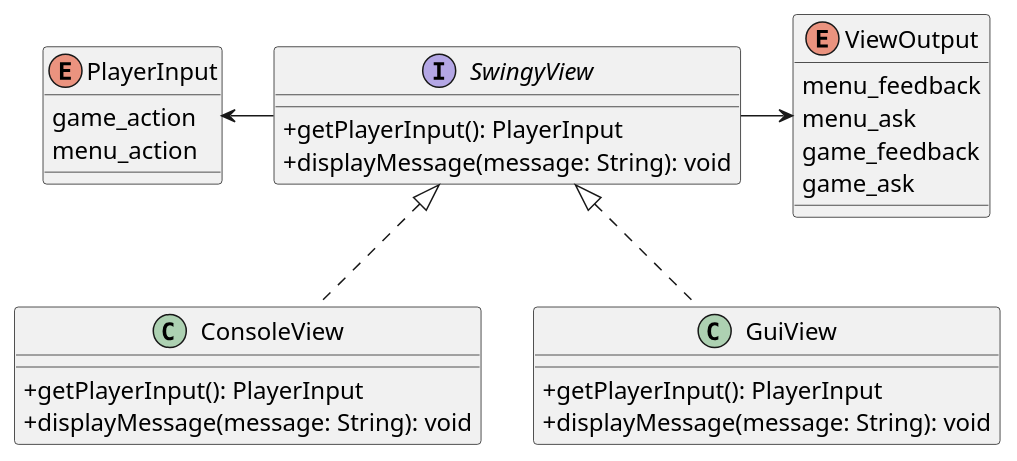
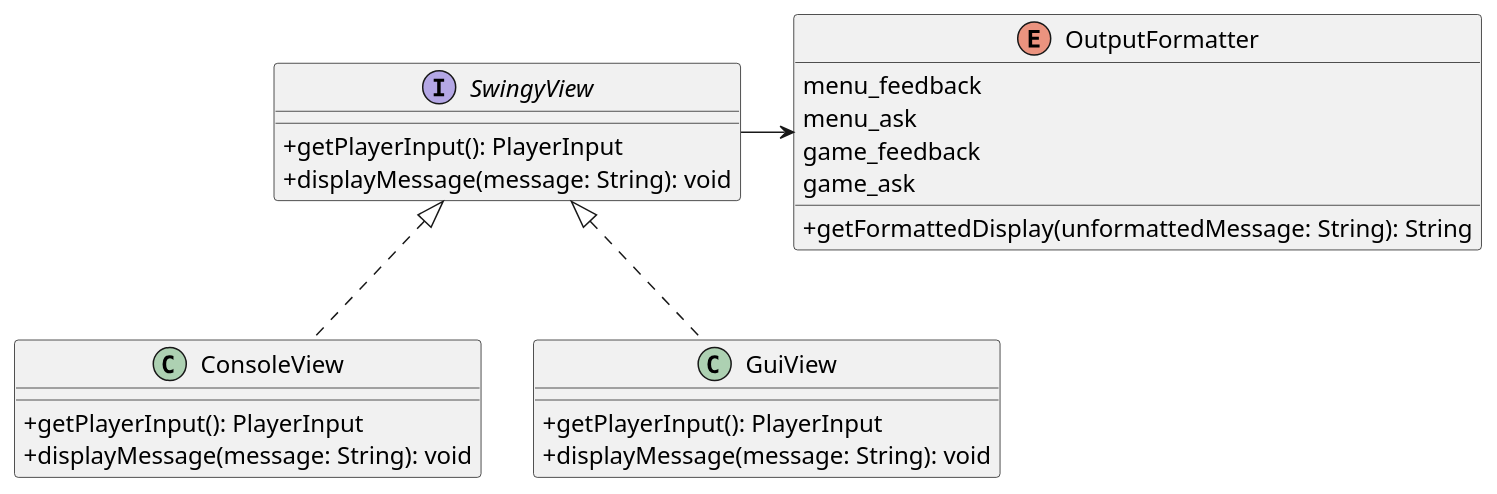
Before and after one commit to AutmanEA/Swingy: the diagram in src/main/resources/view.puml, drawn with PlantUML. The commit also changed 5 other files, not shown here.

```diff
--- a/src/main/resources/view.puml
+++ b/src/main/resources/view.puml
@@ -1,38 +1,39 @@
 @startuml swingy
 skinparam ClassAttributeIconSize 0
 skinparam DefaultFontSize 16
 
 interface SwingyView {
 	+getPlayerInput(): PlayerInput
 	+displayMessage(message: String): void
 }
 
-enum PlayerInput {
-	game_action
-	menu_action
-}
+' enum PlayerInput {
+' 	game_action
+' 	menu_action
+' }
 
-enum ViewOutput {
+enum OutputFormatter {
 	menu_feedback
 	menu_ask
 	game_feedback
 	game_ask
+	+getFormattedDisplay(unformattedMessage: String): String
 }
 
 class ConsoleView {
 	+getPlayerInput(): PlayerInput
 	+displayMessage(message: String): void
 }
 
 class GuiView {
 	+getPlayerInput(): PlayerInput
 	+displayMessage(message: String): void
 }
 
-PlayerInput <- SwingyView
-SwingyView -> ViewOutput
+' PlayerInput <- SwingyView
+SwingyView -> OutputFormatter
 
 SwingyView <|.. ConsoleView
 SwingyView <|.. GuiView
 
 @enduml
```
